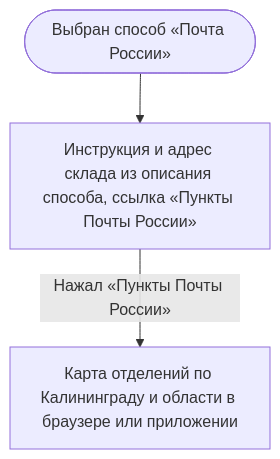
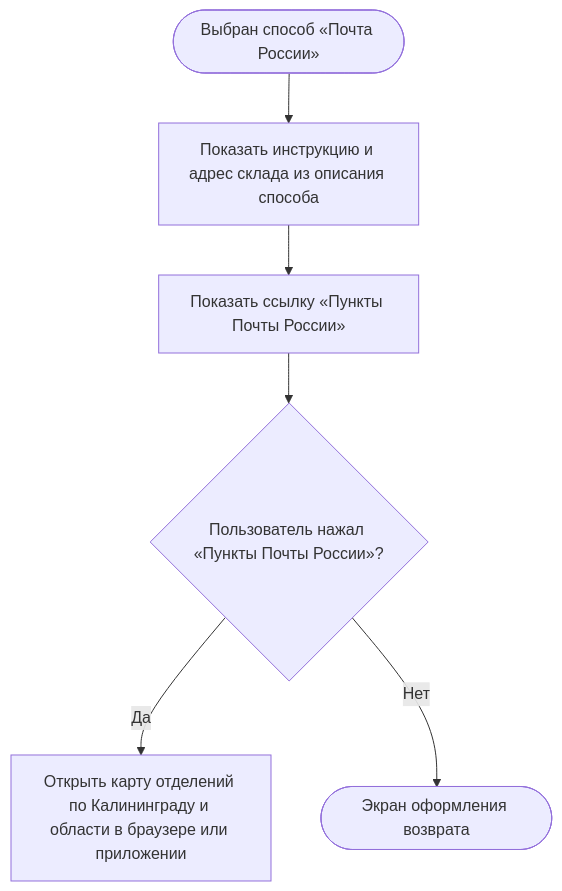
Before and after one commit to Terinss155/opencode-agents-analysis: diagram 13 of 19 in projects/returns-2.0/requirements/srs/srs-mobile.md, drawn with Mermaid. The commit also changed other lines of this file and 29 other files, not shown here.

````diff
--- a/projects/returns-2.0/requirements/srs/srs-mobile.md
+++ b/projects/returns-2.0/requirements/srs/srs-mobile.md
@@ -519,5 +666,8 @@
 ```mermaid
 flowchart TD
-    S([Выбран способ «Почта России»]) --> A["Инструкция и адрес склада из описания способа, ссылка «Пункты Почты России»"]
-    A -->|Нажал «Пункты Почты России»| B["Карта отделений по Калининграду и области в браузере или приложении"]
+    S([Выбран способ «Почта России»]) --> A["Показать инструкцию и адрес склада из описания способа"]
+    A --> A1["Показать ссылку «Пункты Почты России»"]
+    A1 --> B{"Пользователь нажал «Пункты Почты России»?"}
+    B -->|Да| B1["Открыть карту отделений по Калининграду и области в браузере или приложении"]
+    B -->|Нет| Z([Экран оформления возврата])
 ```
````
